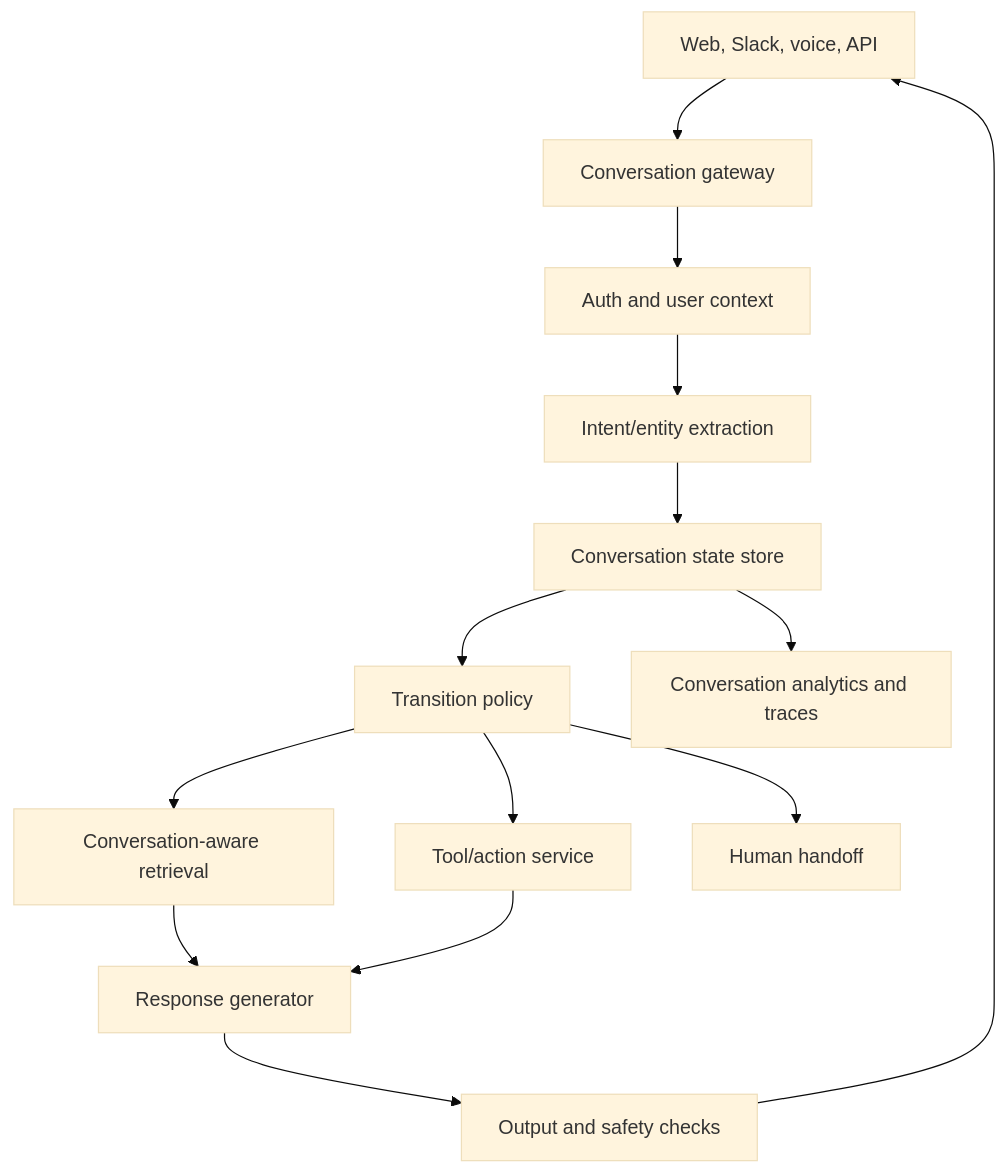
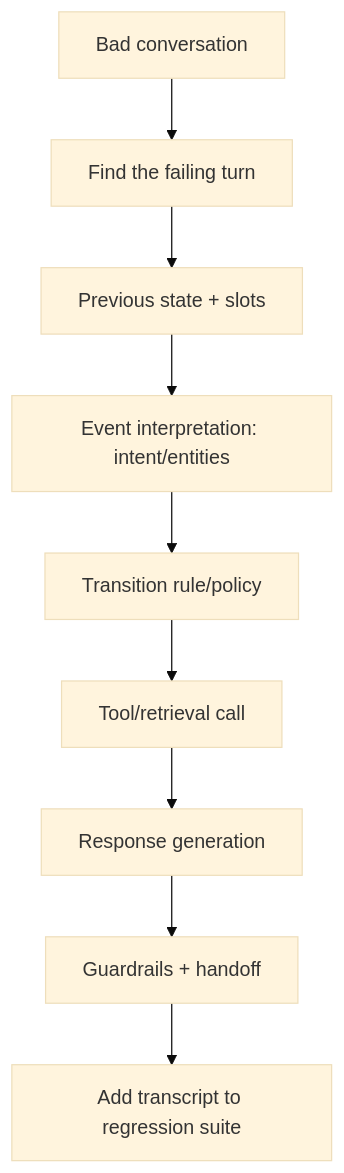
Before and after one commit to gptformlandai/Gen-AI: diagram 17 of 20 in modules/Module 24 - Conversational Graphs And Dialogue State Systems.md, drawn with Mermaid (base theme). The commit also changed other lines of this file and 1 other file, not shown here.

````diff
--- a/modules/Module 24 - Conversational Graphs And Dialogue State Systems.md
+++ b/modules/Module 24 - Conversational Graphs And Dialogue State Systems.md
@@ -548,16 +3842,11 @@
 ```mermaid
 flowchart TD
-    Channel[Web, Slack, voice, API] --> Gateway[Conversation gateway]
-    Gateway --> Auth[Auth and user context]
-    Auth --> NLU[Intent/entity extraction]
-    NLU --> State[Conversation state store]
-    State --> Policy[Transition policy]
-    Policy --> RAG[Conversation-aware retrieval]
-    Policy --> Tools[Tool/action service]
-    Policy --> Handoff[Human handoff]
-    RAG --> Response[Response generator]
-    Tools --> Response
-    Response --> Guardrails[Output and safety checks]
-    Guardrails --> Channel
-    State --> Analytics[Conversation analytics and traces]
+    Bad[Bad conversation] --> T[Find the failing turn]
+    T --> S[Previous state + slots]
+    S --> I[Event interpretation: intent/entities]
+    I --> R[Transition rule/policy]
+    R --> Tool[Tool/retrieval call]
+    Tool --> Resp[Response generation]
+    Resp --> G[Guardrails + handoff]
+    G --> Fix[Add transcript to regression suite]
 ```
````
